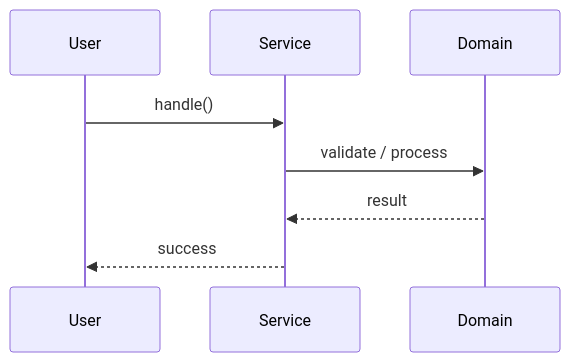
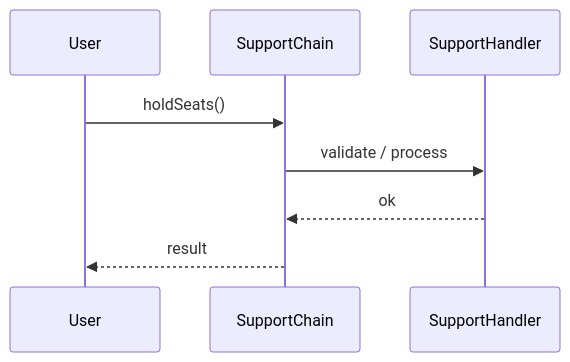
The second of 3 diagrams in Learn/System Design - Low Level Design/03-design-patterns/questions/Q18-chain-support-tickets.md (madhupaila/Interview-Prep-SSE), drawn with Mermaid before and after one commit. The commit also changed other lines of this file and 491 other files, not shown here.

````diff
--- a/Learn/System Design - Low Level Design/03-design-patterns/questions/Q18-chain-support-tickets.md
+++ b/Learn/System Design - Low Level Design/03-design-patterns/questions/Q18-chain-support-tickets.md
@@ -121,10 +151,10 @@
 ```mermaid
 sequenceDiagram
-    participant U as User
-    participant S as Service
-    participant D as Domain
-    U->>S: handle()
-    S->>D: validate / process
-    D-->>S: result
-    S-->>U: success
+participant U as User
+participant S as SupportChain
+participant D as SupportHandler
+U->>S: holdSeats()
+S->>D: validate / process
+D-->>S: ok
+S-->>U: result
 ```
````
